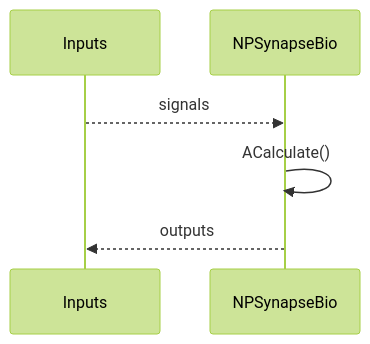
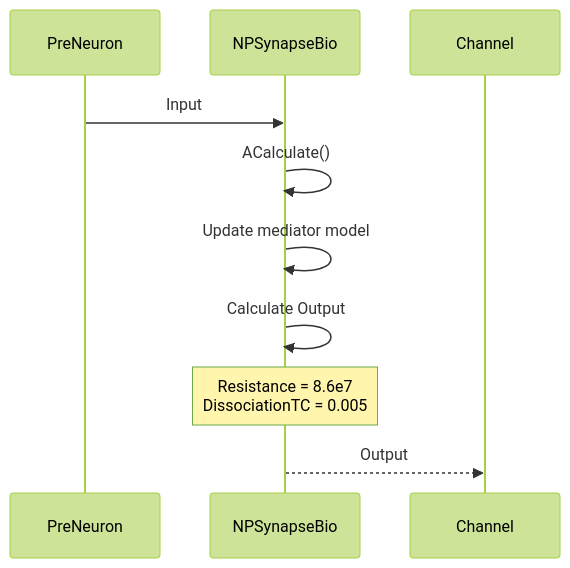
One commit to aicommunity/Nmsdk-PulseLib changed the seventh of 9 diagrams in Docs/Components/NPSynapseBio.md. Above: the diagram before and after it, drawn with Mermaid (forest theme). The commit also changed other lines of this file and 196 other files, not shown here.

````diff
--- a/Docs/Components/NPSynapseBio.md
+++ b/Docs/Components/NPSynapseBio.md
@@ -24,8 +293,13 @@
 ```mermaid
 sequenceDiagram
-    participant In as Inputs
-    participant X as NPSynapseBio
-    In-->>X: signals
-    X->>X: ACalculate()
-    X-->>In: outputs
+    participant PreNeuron
+    participant Synapse as NPSynapseBio
+    participant Channel
+    
+    PreNeuron->>Synapse: Input
+    Synapse->>Synapse: ACalculate()
+    Synapse->>Synapse: Update mediator model
+    Synapse->>Synapse: Calculate Output
+    Note over Synapse: Resistance = 8.6e7<br/>DissociationTC = 0.005
+    Synapse-->>Channel: Output
 ```
````
